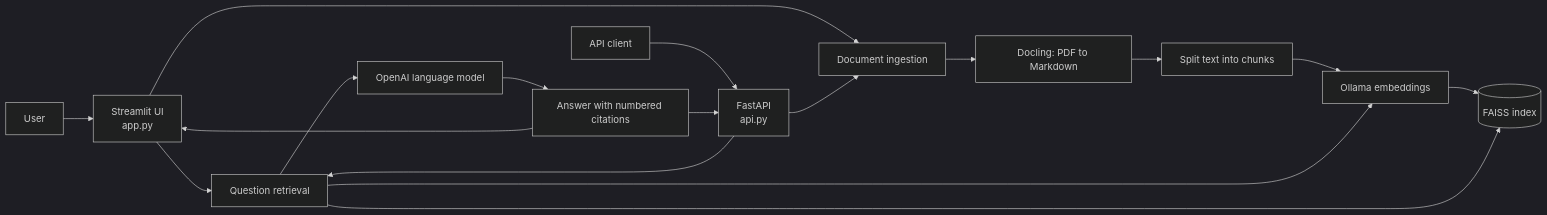
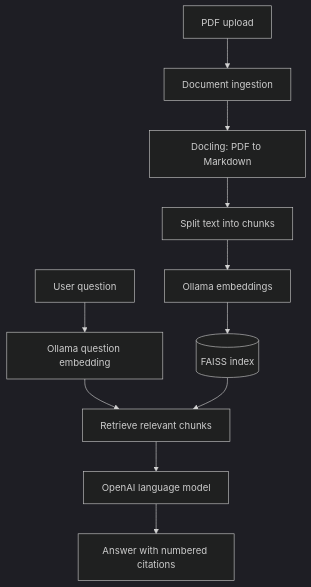
Before and after one commit to shivamchauhan18/AI_ML_ASSESSMENT: the diagram in README.md, drawn with Mermaid (dark theme). The commit also changed other lines of this file, not shown here.

Commit message:
Revise architecture description and flowchart
Updated the architecture section to clarify the application flow and modified the flowchart for better visualization.

````diff
--- a/README.md
+++ b/README.md
@@ -10,19 +9,13 @@
 ```mermaid
-flowchart LR
-    User --> UI[Streamlit UI<br/>app.py]
-    Client[API client] --> API[FastAPI<br/>api.py]
-    UI --> Ingest[Document ingestion]
-    API --> Ingest
+flowchart TD
+    PDF[PDF upload] --> Ingest[Document ingestion]
     Ingest --> Docling[Docling: PDF to Markdown]
     Docling --> Split[Split text into chunks]
     Split --> Embed[Ollama embeddings]
     Embed --> Index[(FAISS index)]
-    UI --> Retrieve[Question retrieval]
-    API --> Retrieve
-    Retrieve --> Embed
-    Retrieve --> Index
+    Question[User question] --> QueryEmbed[Ollama question embedding]
+    QueryEmbed --> Retrieve[Retrieve relevant chunks]
+    Index --> Retrieve
     Retrieve --> LLM[OpenAI language model]
     LLM --> Answer[Answer with numbered citations]
-    Answer --> UI
-    Answer --> API
 ```
````
